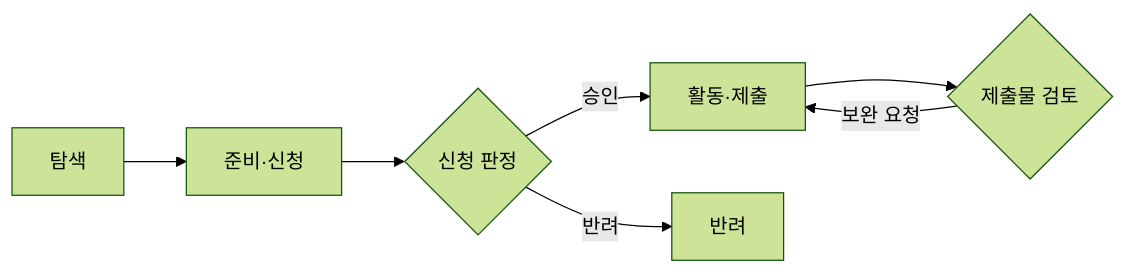
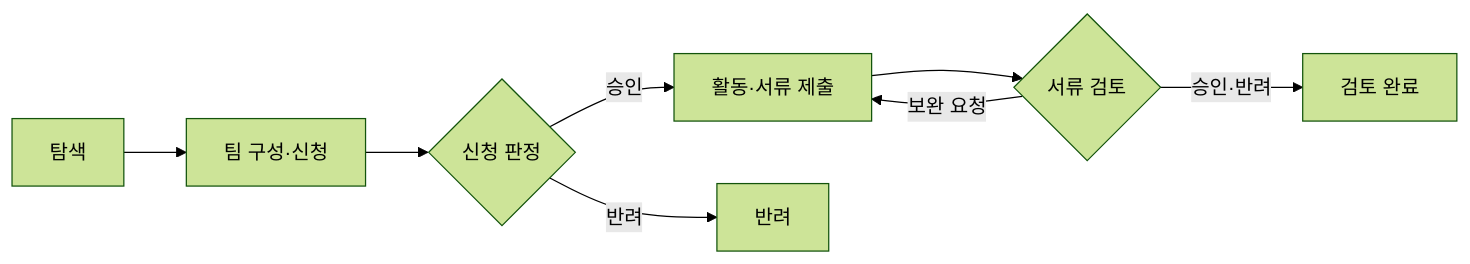
The first of 2 diagrams in README.md (JNU-SWCU/oss-hub), drawn with Mermaid (forest theme) before and after one commit. The commit also changed other lines of this file and 8 other files, not shown here.

````diff
--- a/README.md
+++ b/README.md
@@ -87,9 +83,10 @@
 ```mermaid
 flowchart LR
-  Explore[탐색] --> Apply[준비·신청]
+  Explore[탐색] --> Apply[팀 구성·신청]
   Apply --> Decision{신청 판정}
-  Decision -->|승인| Submit[활동·제출]
+  Decision -->|승인| Work[활동·서류 제출]
   Decision -->|반려| Rejected[반려]
-  Submit --> Review{제출물 검토}
-  Review -->|보완 요청| Submit
+  Work --> Review{서류 검토}
+  Review -->|보완 요청| Work
+  Review -->|승인·반려| Done[검토 완료]
 ```
````
